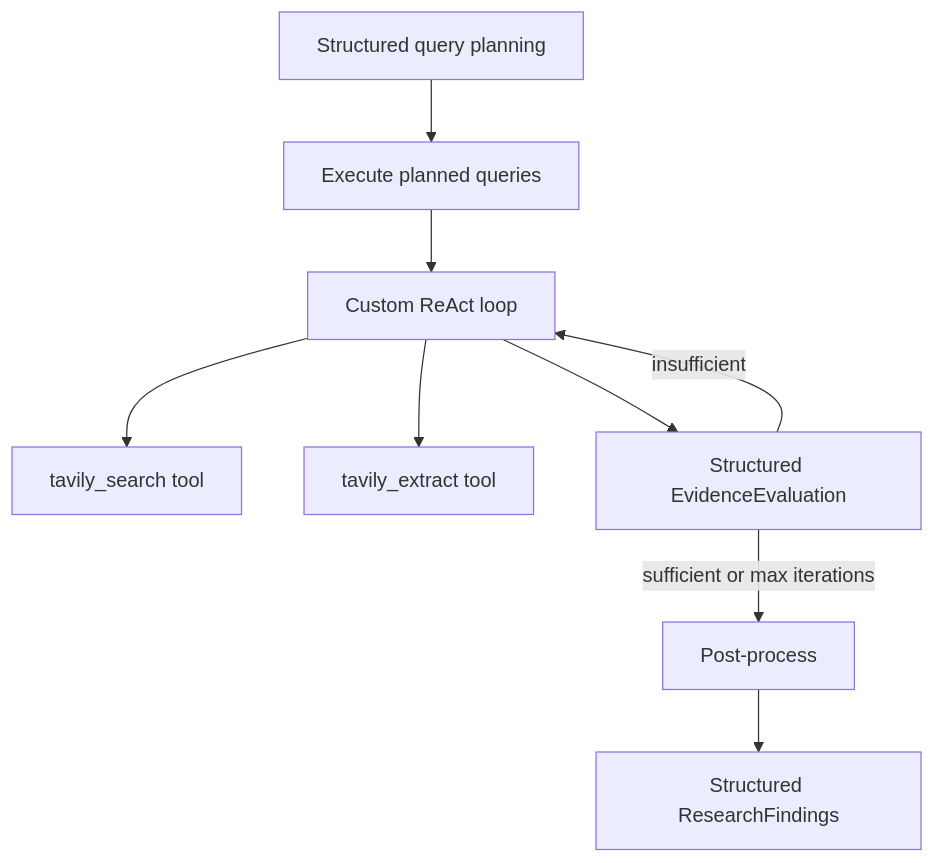
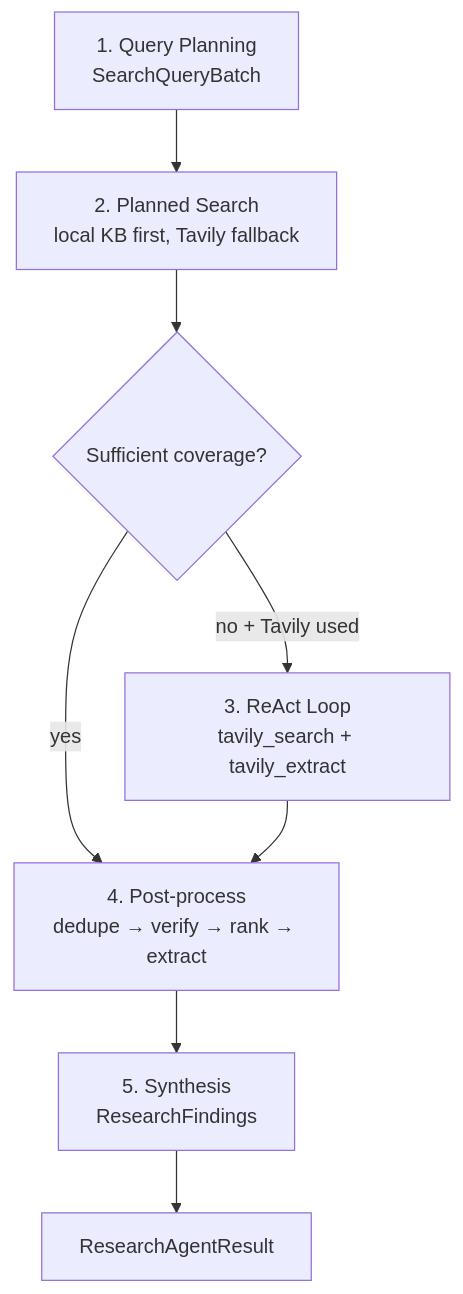
The third of 3 diagrams in src/docs/agents/research-subgraph.md (hoanhoang-agilityio/Assistant-Learning), drawn with Mermaid before and after one commit. The commit also changed other lines of this file and 1 other file, not shown here.

Commit message:
docs: document GoalSpec planning templates and local KB research flow

````diff
--- a/src/docs/agents/research-subgraph.md
+++ b/src/docs/agents/research-subgraph.md
@@ -46,11 +165,10 @@
 ```mermaid
 flowchart TD
-    queryPlan[Structured query planning] --> initialSearch[Execute planned queries]
-    initialSearch --> reactLoop[Custom ReAct loop]
-    reactLoop --> tavilySearch[tavily_search tool]
-    reactLoop --> tavilyExtract[tavily_extract tool]
-    reactLoop --> evaluation[Structured EvidenceEvaluation]
-    evaluation -->|insufficient| reactLoop
-    evaluation -->|sufficient or max iterations| postProcess[Post-process]
-    postProcess --> synthesize[Structured ResearchFindings]
+    QP[1. Query Planning<br/>SearchQueryBatch] --> PS[2. Planned Search<br/>local KB first, Tavily fallback]
+    PS --> RC{Sufficient coverage?}
+    RC -->|no + Tavily used| RL[3. ReAct Loop<br/>tavily_search + tavily_extract]
+    RC -->|yes| PP[4. Post-process<br/>dedupe → verify → rank → extract]
+    RL --> PP
+    PP --> SY[5. Synthesis<br/>ResearchFindings]
+    SY --> OUT[ResearchAgentResult]
 ```
````
